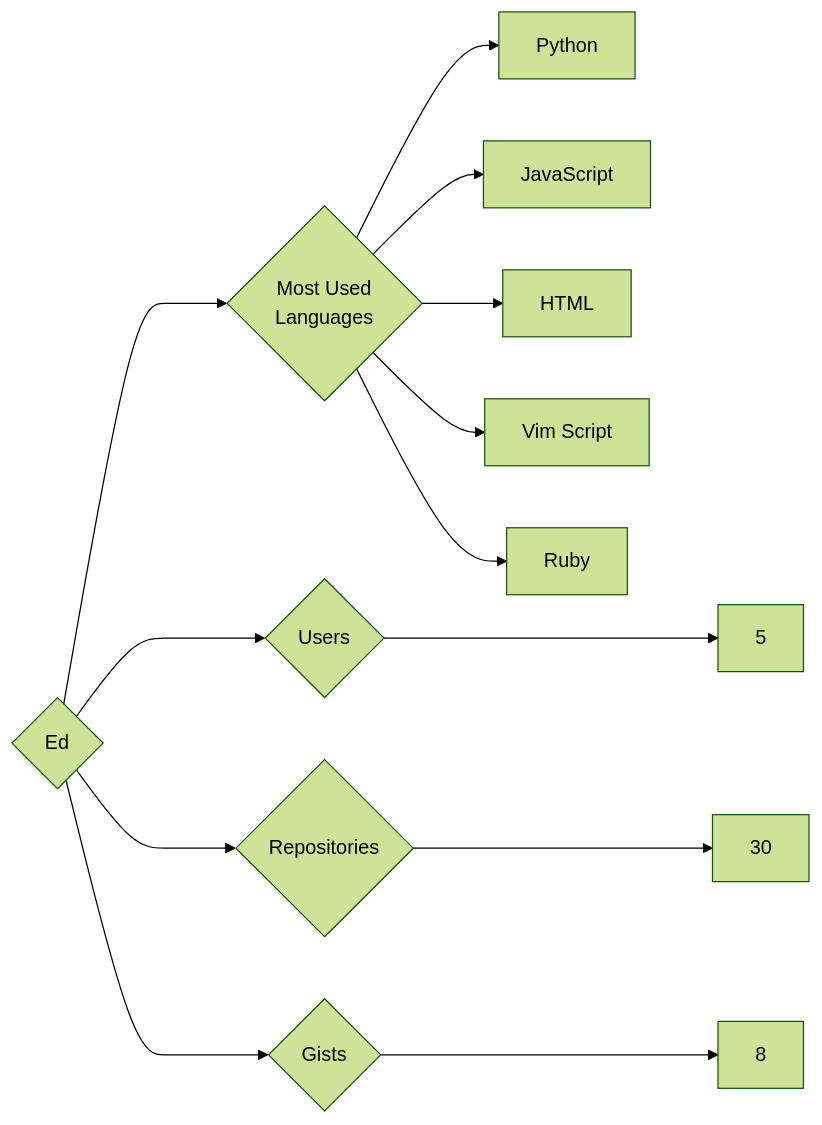
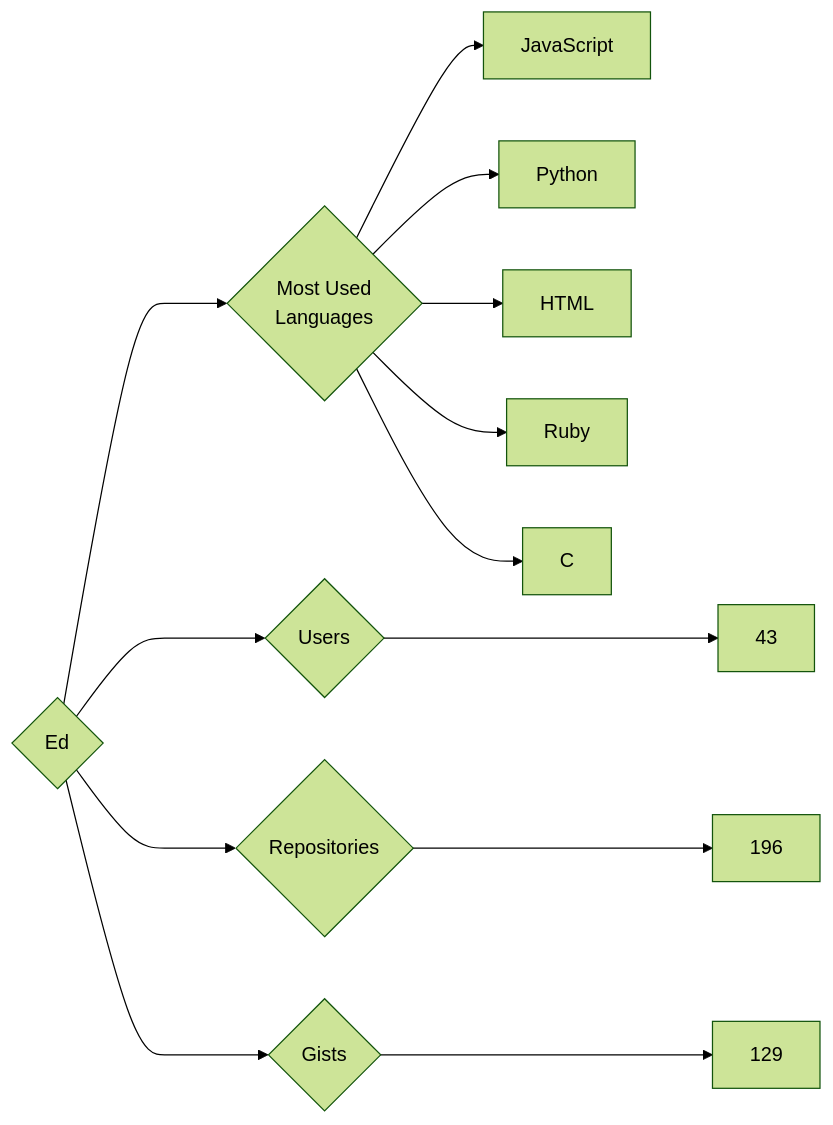
One commit to trickest/insiders changed the diagram in targets/Ed/README.md. Above: the diagram before and after it, drawn with Mermaid (forest theme). The commit also changed 786 other files, not shown here.

````diff
--- a/targets/Ed/README.md
+++ b/targets/Ed/README.md
@@ -3,13 +3,13 @@
 ```mermaid
 graph LR
 COMPANY_NAME{Ed}
-COMPANY_NAME ---> U{Users} ---> UN[5]
-COMPANY_NAME ---> R{Repositories} ---> RN[30]
-COMPANY_NAME ---> G{Gists} ---> GN[8]
+COMPANY_NAME ---> U{Users} ---> UN[43]
+COMPANY_NAME ---> R{Repositories} ---> RN[196]
+COMPANY_NAME ---> G{Gists} ---> GN[129]
 COMPANY_NAME ---> ML{Most Used<br>Languages}
+ML --> JavaScript[JavaScript]
 ML --> Python[Python]
-ML --> JavaScript[JavaScript]
 ML --> HTML[HTML]
-ML --> Vim_Script[Vim Script]
 ML --> Ruby[Ruby]
+ML --> C[C]
 ```
````
